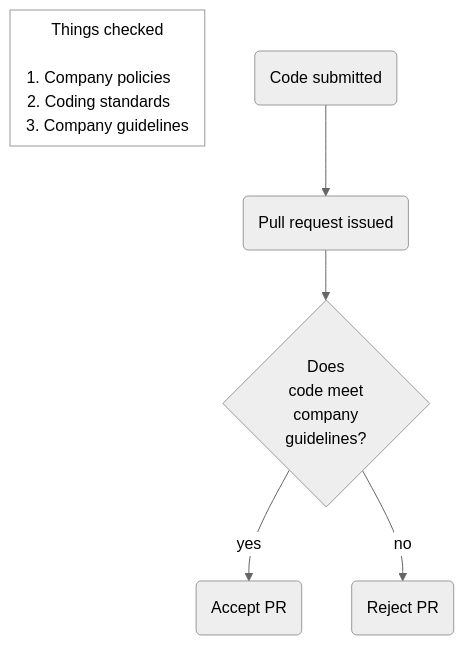
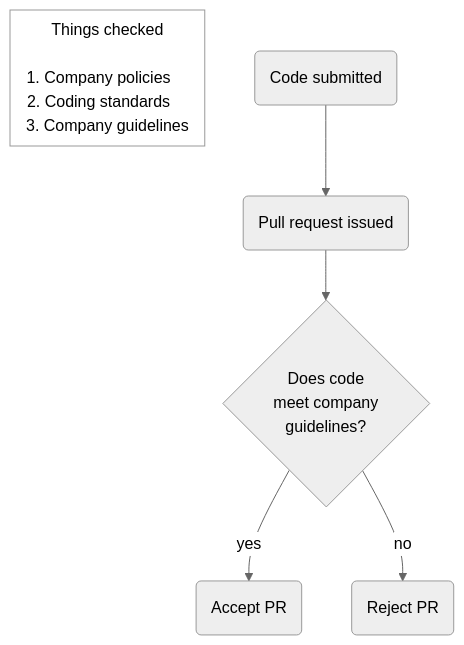
The diagram in notes/unit2_processes/code_reviews.md (edinburgh-napier/SET09102), drawn with Mermaid (neutral theme) before and after one commit.

Commit message:
Code review

````diff
--- a/notes/unit2_processes/code_reviews.md
+++ b/notes/unit2_processes/code_reviews.md
@@ -61,14 +61,16 @@
 ``` mermaid
 flowchart TD
   node1(Code submitted) --> node2(Pull request issued)
-  node2 --> decision1{Does \ncode meet \ncompany \nguidelines?}
+  node2 --> decision1{Does code 
+  meet company 
+  guidelines?}
   decision1 --> |yes| node3(Accept PR)
   decision1 --> |no| node4(Reject PR)
   subgraph box1["Things checked
 
 1. Company policies#nbsp;#nbsp;#nbsp;#nbsp;
 2. Coding standards#nbsp;#nbsp;#nbsp;#nbsp;
 3. Company guidelines"]
   end
   style box1 fill: #fff
 ```
````
